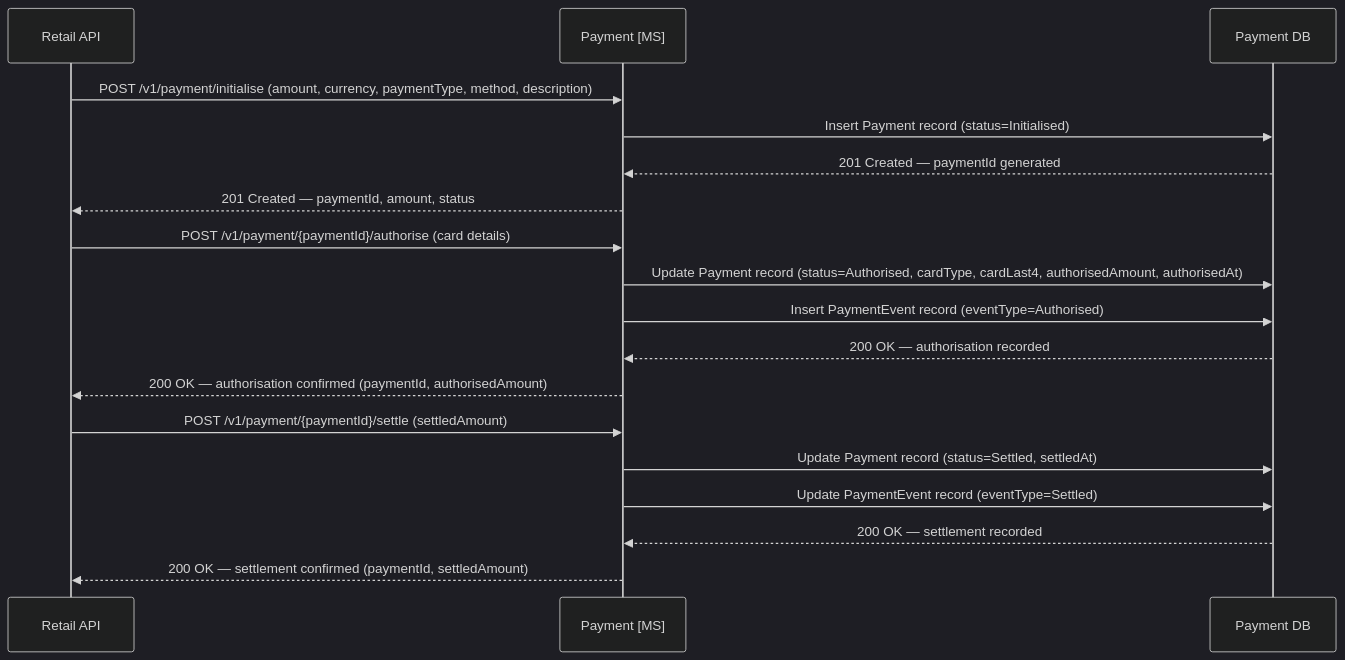
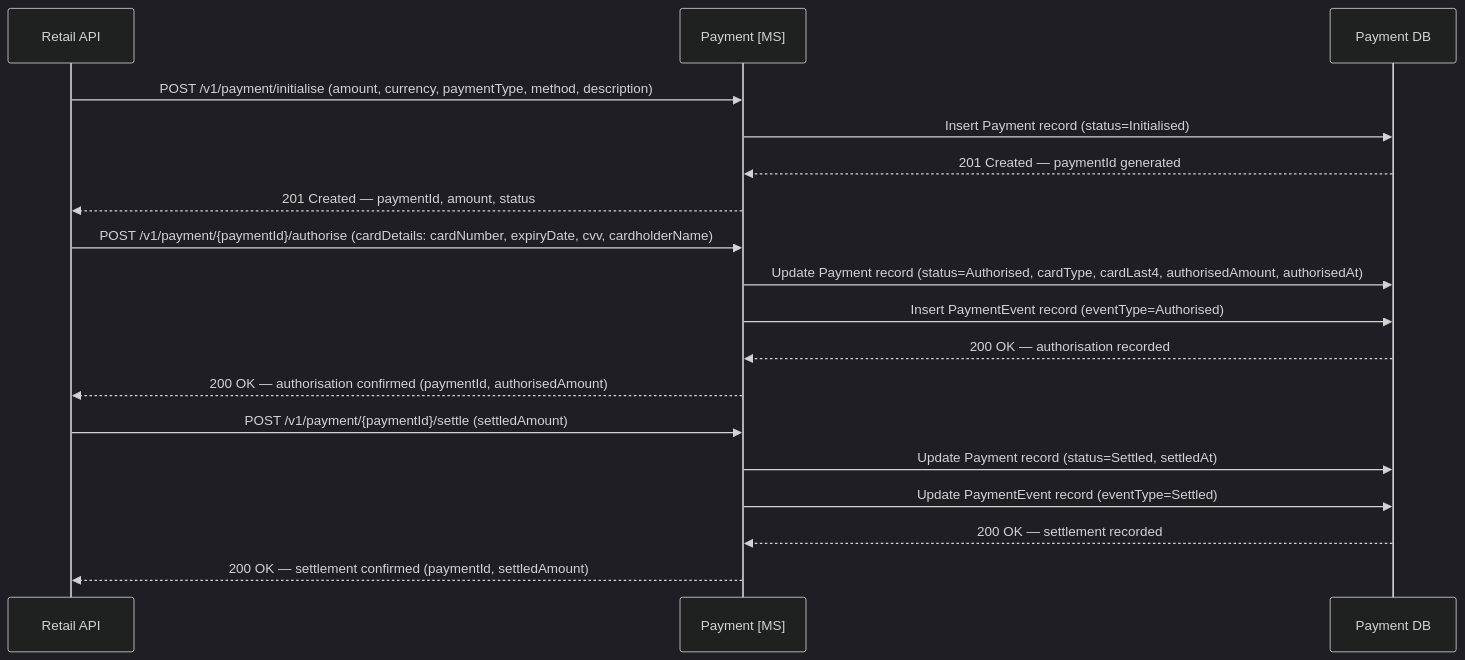
The first of 2 diagrams in documentation/design/payment.md (sebharvey/airline-reservation-system), drawn with Mermaid (dark theme) before and after one commit. The commit also changed other lines of this file, not shown here.

Commit message:
Document cardDetails fields required on payment authorise call
Updated payment.md to explicitly name the cardDetails fields
(cardNumber, expiryDate, cvv, cardholderName) in both the prose
description and sequence diagram, matching the detail already in
payment-microservice.md and retail-api.md.

https://claude.ai/code/session_01V3jwQQsgxZ9atMtLnKCCK3

````diff
--- a/documentation/design/payment.md
+++ b/documentation/design/payment.md
@@ -32,23 +32,23 @@
 ```mermaid
 sequenceDiagram
     participant RetailAPI as Retail API
     participant PaymentMS as Payment [MS]
     participant PaymentDB as Payment DB
 
     RetailAPI->>PaymentMS: POST /v1/payment/initialise (amount, currency, paymentType, method, description)
     PaymentMS->>PaymentDB: Insert Payment record (status=Initialised)
     PaymentDB-->>PaymentMS: 201 Created — paymentId generated
     PaymentMS-->>RetailAPI: 201 Created — paymentId, amount, status
 
-    RetailAPI->>PaymentMS: POST /v1/payment/{paymentId}/authorise (card details)
+    RetailAPI->>PaymentMS: POST /v1/payment/{paymentId}/authorise (cardDetails: cardNumber, expiryDate, cvv, cardholderName)
     PaymentMS->>PaymentDB: Update Payment record (status=Authorised, cardType, cardLast4, authorisedAmount, authorisedAt)
     PaymentMS->>PaymentDB: Insert PaymentEvent record (eventType=Authorised)
     PaymentDB-->>PaymentMS: 200 OK — authorisation recorded
     PaymentMS-->>RetailAPI: 200 OK — authorisation confirmed (paymentId, authorisedAmount)
 
     RetailAPI->>PaymentMS: POST /v1/payment/{paymentId}/settle (settledAmount)
     PaymentMS->>PaymentDB: Update Payment record (status=Settled, settledAt)
     PaymentMS->>PaymentDB: Update PaymentEvent record (eventType=Settled)
     PaymentDB-->>PaymentMS: 200 OK — settlement recorded
     PaymentMS-->>RetailAPI: 200 OK — settlement confirmed (paymentId, settledAmount)
 ```
````
